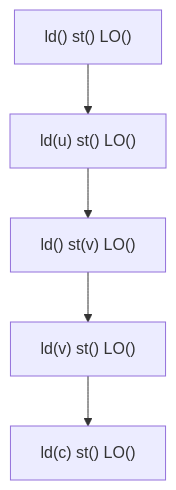
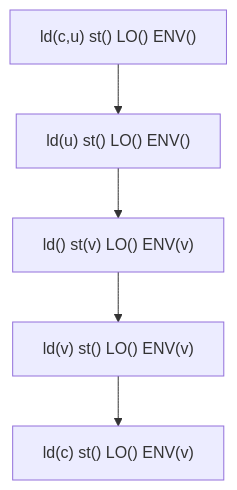
One commit to Yosshi999/ARCGolfVisualizer changed the third of 5 diagrams in zlib_optimizer/graph.md. Above: the diagram before and after it, drawn with Mermaid. The commit also changed other lines of this file and 1 other file, not shown here.

````diff
--- a/zlib_optimizer/graph.md
+++ b/zlib_optimizer/graph.md
@@ -38,12 +41,12 @@
 ```mermaid
 graph TB
-  N2209906914704["ld() st() LO()"]
-  N2209906914704 --> N2209906901456
-  N2209906901456["ld(u) st() LO()"]
-  N2209906901456 --> N2209906916880
-  N2209906916880["ld() st(v) LO()"]
-  N2209906916880 --> N2209906915536
-  N2209906915536["ld(v) st() LO()"]
-  N2209906915536 --> N2209906904848
-  N2209906904848["ld(c) st() LO()"]
+  N1886106577488["ld(c,u) st() LO() ENV()"]
+  N1886106577488 --> N1886106577360
+  N1886106577360["ld(u) st() LO() ENV()"]
+  N1886106577360 --> N1886106577680
+  N1886106577680["ld() st(v) LO() ENV(v)"]
+  N1886106577680 --> N1886106577936
+  N1886106577936["ld(v) st() LO() ENV(v)"]
+  N1886106577936 --> N1886106578320
+  N1886106578320["ld(c) st() LO() ENV(v)"]
 ```
````
